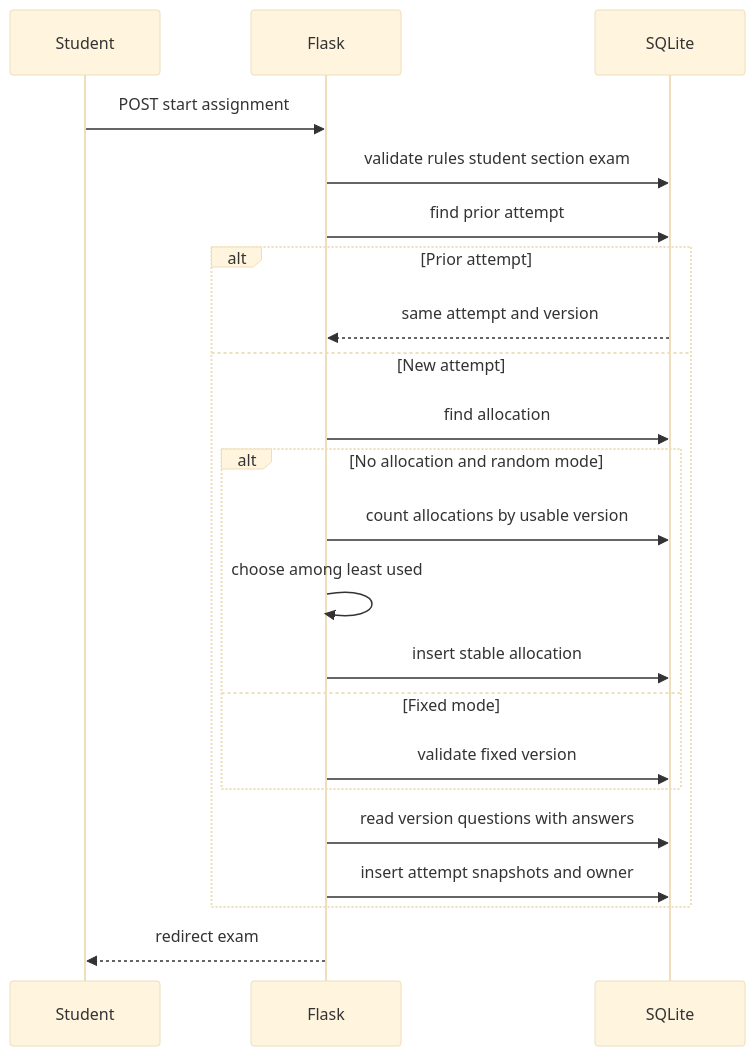
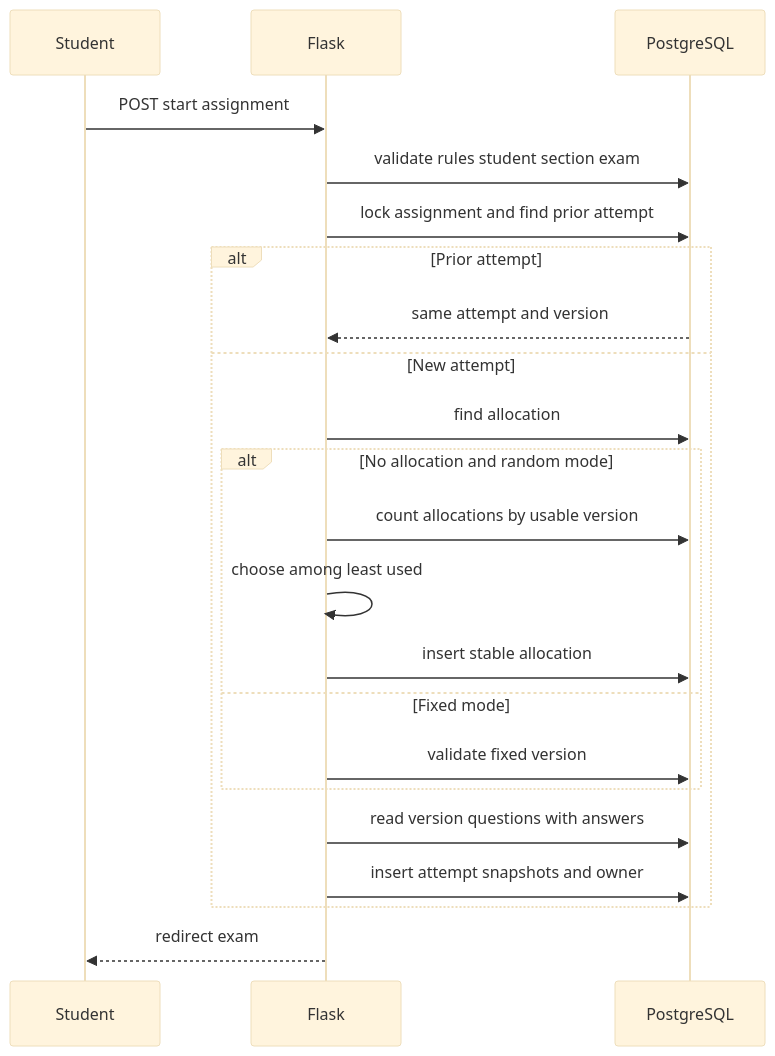
One commit to avismael/AssesStudio changed the sixth of 16 diagrams in docs/12-diagrams.md. Above: the diagram before and after it, drawn with Mermaid (base theme). The commit also changed other lines of this file and 56 other files, not shown here.

````diff
--- a/docs/12-diagrams.md
+++ b/docs/12-diagrams.md
@@ -137,24 +137,24 @@
 ```mermaid
 sequenceDiagram
     participant S as Student
     participant F as Flask
-    participant D as SQLite
+    participant D as PostgreSQL
     S->>F: POST start assignment
     F->>D: validate rules student section exam
-    F->>D: find prior attempt
+        F->>D: lock assignment and find prior attempt
     alt Prior attempt
         D-->>F: same attempt and version
     else New attempt
         F->>D: find allocation
         alt No allocation and random mode
             F->>D: count allocations by usable version
             F->>F: choose among least used
             F->>D: insert stable allocation
         else Fixed mode
             F->>D: validate fixed version
         end
         F->>D: read version questions with answers
         F->>D: insert attempt snapshots and owner
     end
     F-->>S: redirect exam
 ```
````
